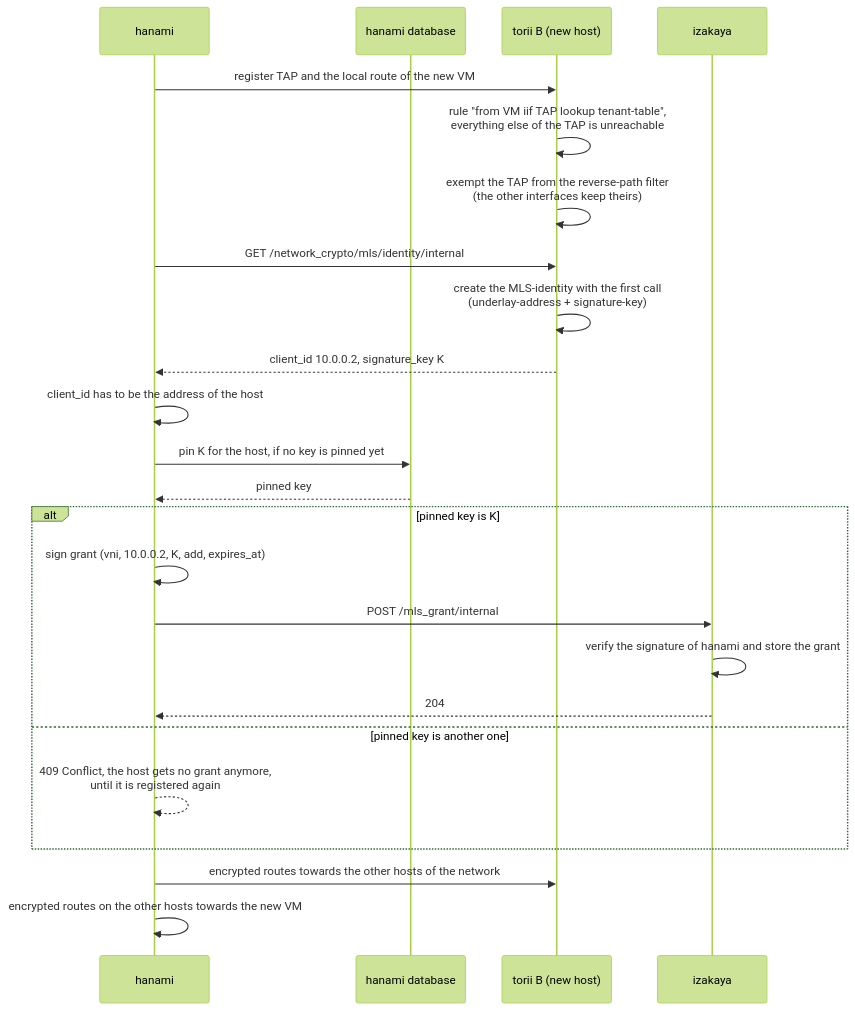
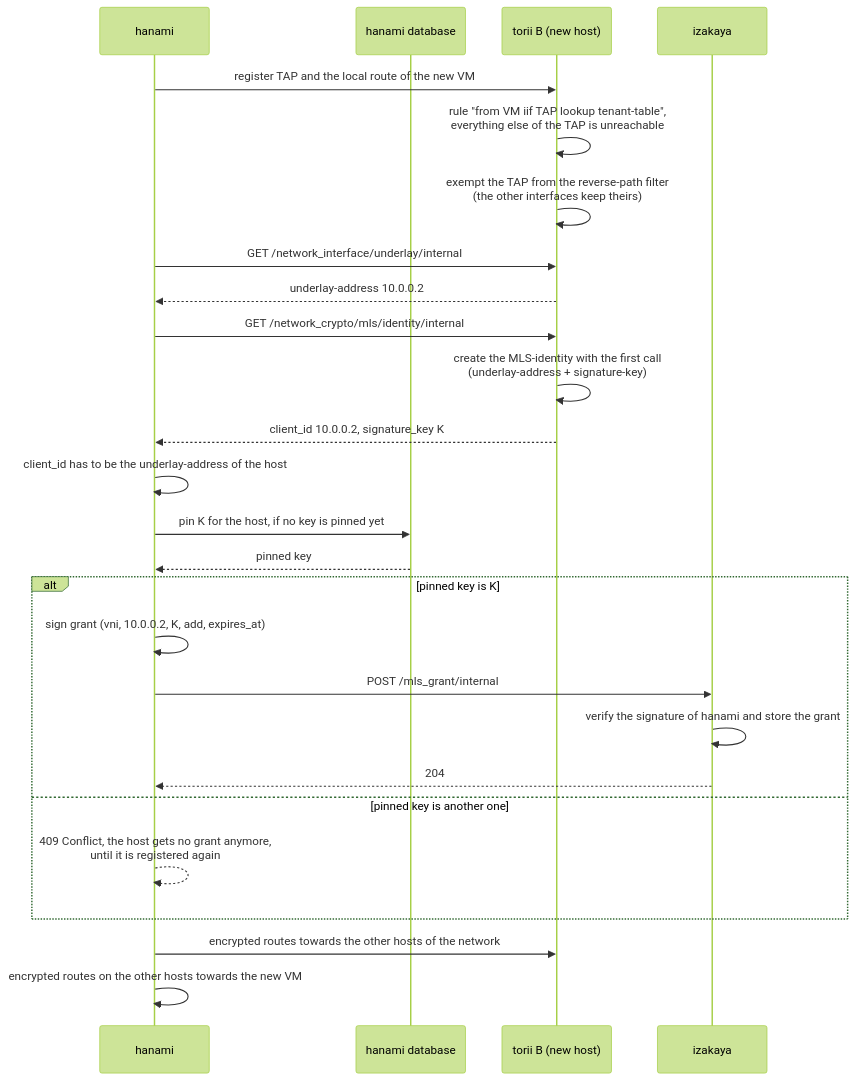
One commit to kitsudaiki/ainari changed the second of 20 diagrams in docs/developer/sequence_diagrams/network_crypto_key_exchange.md. Above: the diagram before and after it, drawn with Mermaid (forest theme). The commit also changed other lines of this file and 45 other files, not shown here.

````diff
--- a/docs/developer/sequence_diagrams/network_crypto_key_exchange.md
+++ b/docs/developer/sequence_diagrams/network_crypto_key_exchange.md
@@ -77,27 +77,29 @@
 ```mermaid
 sequenceDiagram
     participant H as hanami
     participant DB as hanami database
     participant TB as torii B (new host)
     participant I as izakaya
 
     H->>TB: register TAP and the local route of the new VM
     TB->>TB: rule "from VM iif TAP lookup tenant-table",<br/>everything else of the TAP is unreachable
     TB->>TB: exempt the TAP from the reverse-path filter<br/>(the other interfaces keep theirs)
+    H->>TB: GET /network_interface/underlay/internal
+    TB-->>H: underlay-address 10.0.0.2
     H->>TB: GET /network_crypto/mls/identity/internal
     TB->>TB: create the MLS-identity with the first call<br/>(underlay-address + signature-key)
     TB-->>H: client_id 10.0.0.2, signature_key K
-    H->>H: client_id has to be the address of the host
+    H->>H: client_id has to be the underlay-address of the host
     H->>DB: pin K for the host, if no key is pinned yet
     DB-->>H: pinned key
     alt pinned key is K
         H->>H: sign grant (vni, 10.0.0.2, K, add, expires_at)
         H->>I: POST /mls_grant/internal
         I->>I: verify the signature of hanami and store the grant
         I-->>H: 204
     else pinned key is another one
         H-->>H: 409 Conflict, the host gets no grant anymore,<br/>until it is registered again
     end
     H->>TB: encrypted routes towards the other hosts of the network
     H->>H: encrypted routes on the other hosts towards the new VM
 ```
````
